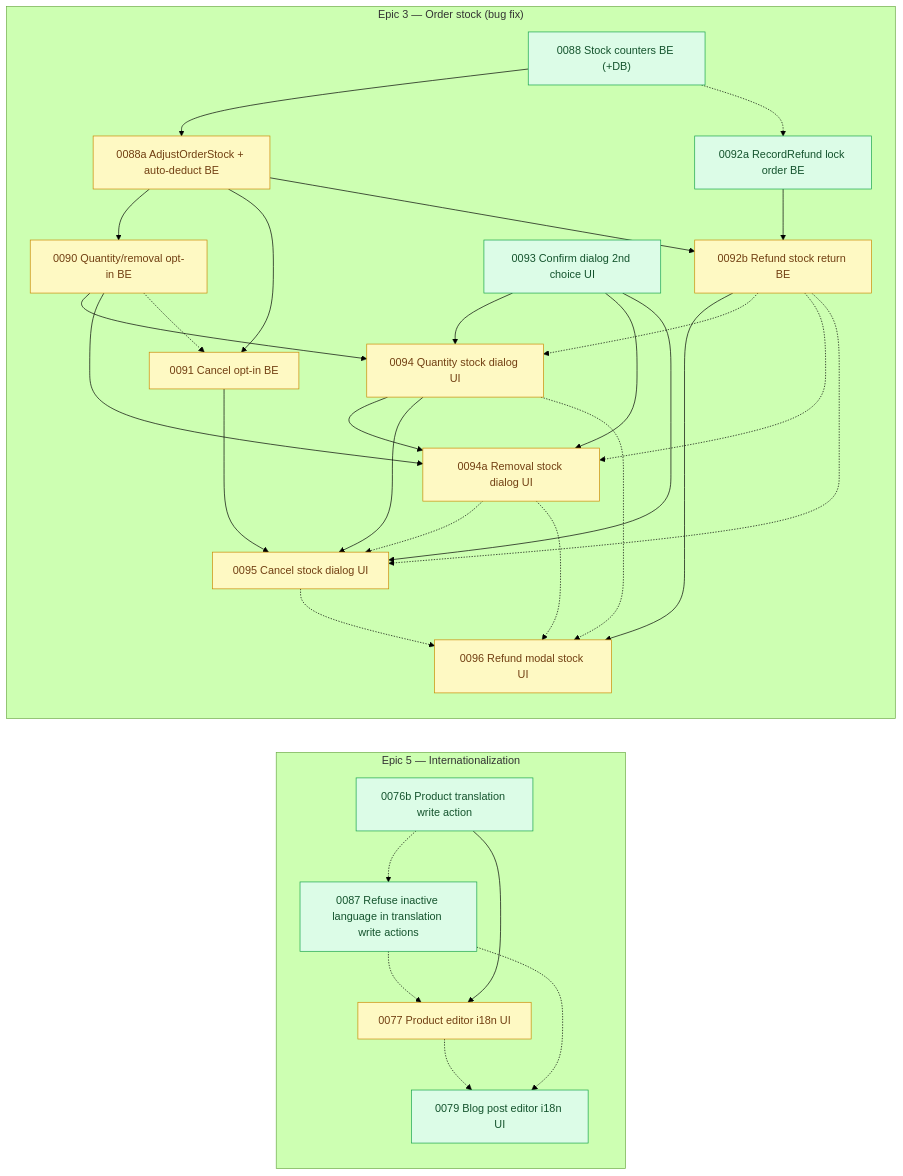
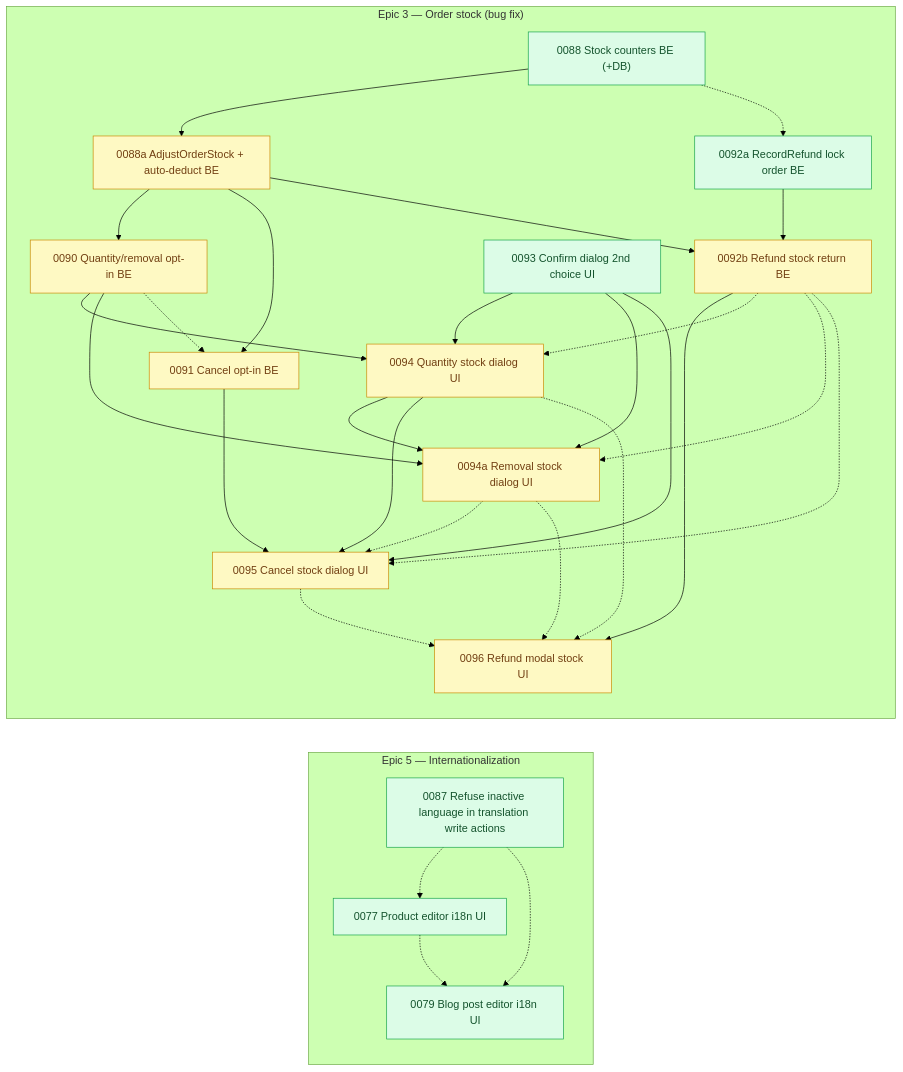
The diagram in arospe/ai-spec/tasks-map.md (shojen/AI4Devs-finalproject), drawn with Mermaid (forest theme) before and after one commit. The commit also changed other lines of this file and 6 other files, not shown here.

````diff
--- a/arospe/ai-spec/tasks-map.md
+++ b/arospe/ai-spec/tasks-map.md
@@ -587,7 +590,6 @@
     subgraph PEND_I18N["Epic 5 — Internationalization"]
         direction TB
         P0087["0087 Refuse inactive language in translation write actions"]
-        P0076b["0076b Product translation write action"]
         P0077["0077 Product editor i18n UI"]
         P0079["0079 Blog post editor i18n UI"]
     end
@@ -705,13 +707,10 @@
     %% (P0084 --> P0085 dropped: 0084 is done; 0085 is done too.)
     %% (P0083 -.-> P0085 and P0083 --> P0086 dropped: 0083 is done; 0086 is now ready.)
 
-    class P0076b,P0079,P0087 ready;
-    class P0077 pending;
-    %% (P0078 closed to done/ 2026-11-08; no node remains `claimed`.)
+    class P0077,P0079,P0087 ready;
+    %% (P0078 closed to done/ 2026-11-08; P0076b closed to done/ 2026-11-10 and no node is `claimed`; P0076b --> P0077 and P0076b -.-> P0087 dropped, 0077 is now ready.)
     P0087 -.-> P0079
     P0087 -.-> P0077
-    P0076b --> P0077
-    P0076b -.-> P0087
     %% (P0075 closed to done/ 2026-10-27; P0073 closed to done/ 2026-10-08; no node remains `claimed`.)
     %% (P0071 --> P0073/P0075/P0079 dropped: 0071 closed to done/ 2026-10-07.)
 ```
````
